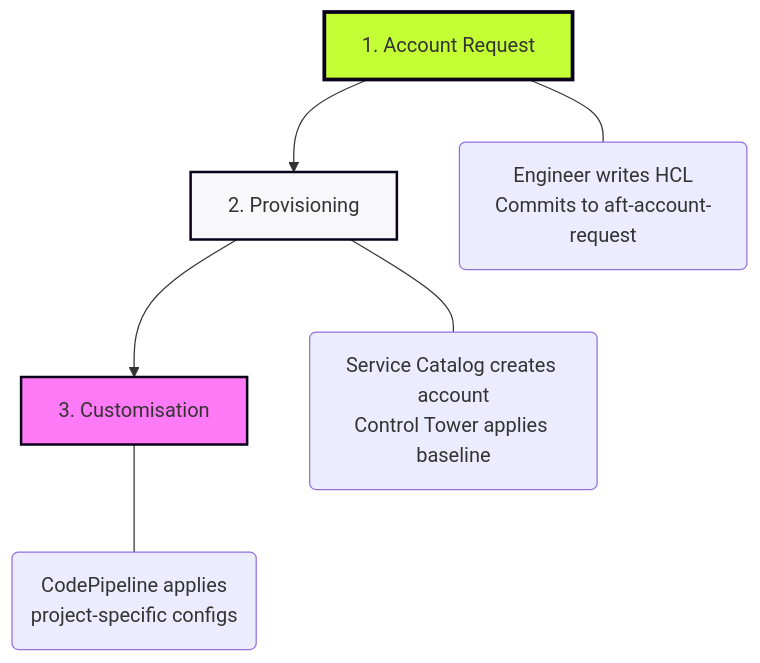
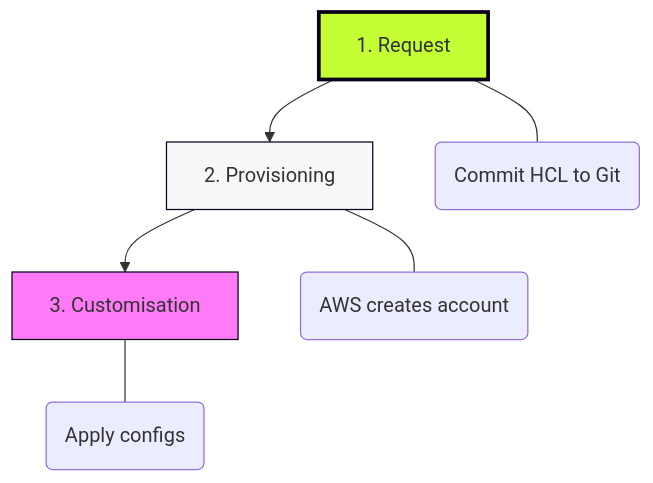
One commit to ken-createfuture-demo/aft-demo-presentation changed the second of 3 diagrams in slides/02-architecture.md. Above: the diagram before and after it, drawn with Mermaid. The commit also changed other lines of this file, not shown here.

Commit message:
Add AFT presentation with slides and documentation

````diff
--- a/slides/02-architecture.md
+++ b/slides/02-architecture.md
@@ -59,13 +39,13 @@
 ```mermaid
 graph TD
-    A[1. Account Request] --> B[2. Provisioning]
+    A[1. Request] --> B[2. Provisioning]
     B --> C[3. Customisation]
     
-    A --- D(Engineer writes HCL<br/>Commits to aft-account-request)
-    B --- E(Service Catalog creates account<br/>Control Tower applies baseline)
-    C --- F(CodePipeline applies<br/>project-specific configs)
+    A --- D(Commit HCL to Git)
+    B --- E(AWS creates account)
+    C --- F(Apply configs)
 
     style A fill:#C3FF34,stroke:#0A001A,stroke-width:3px
-    style B fill:#F8F8FA,stroke:#0A001A,stroke-width:2px
-    style C fill:#FE7AF6,stroke:#0A001A,stroke-width:2px
+    style B fill:#F8F8FA,stroke:#0A001A
+    style C fill:#FE7AF6,stroke:#0A001A
 ```
````
